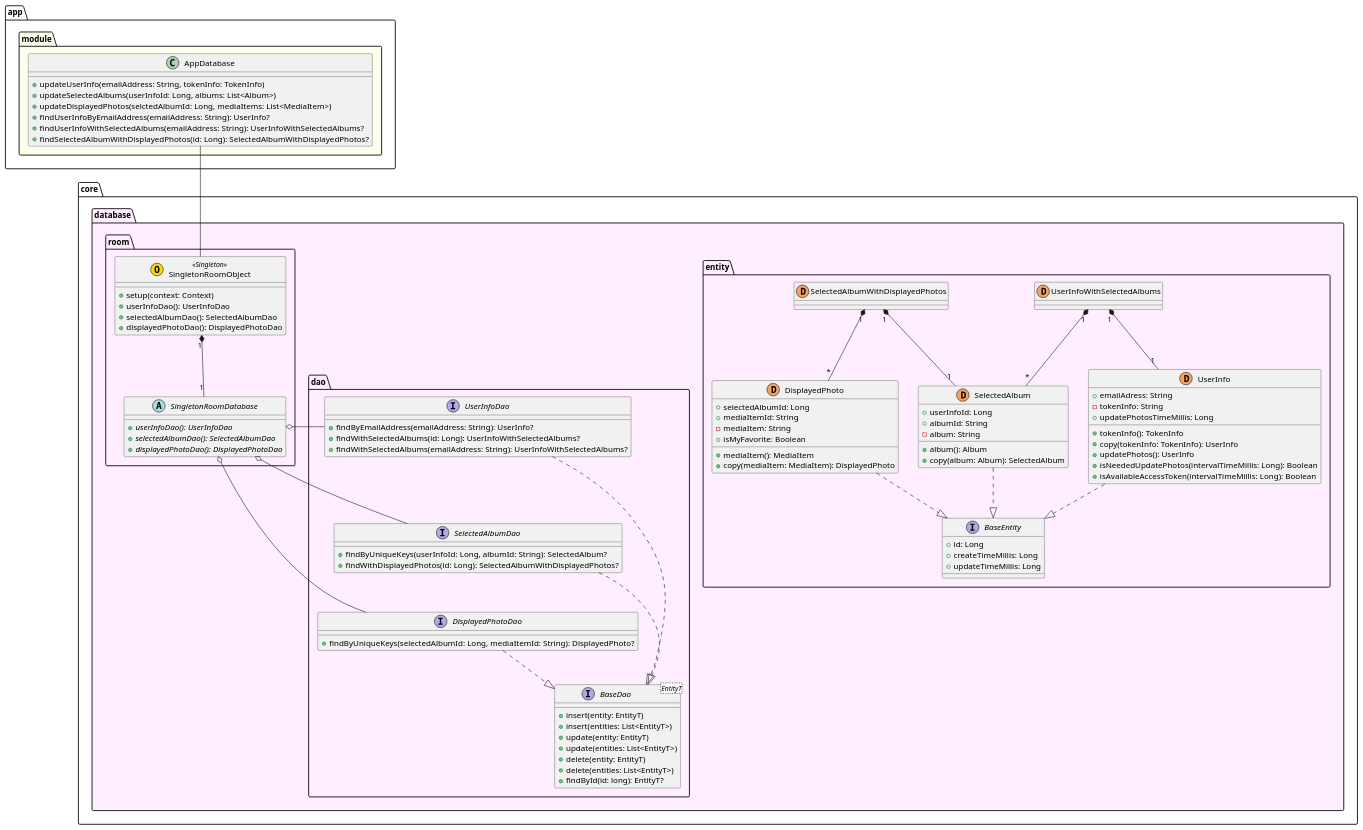
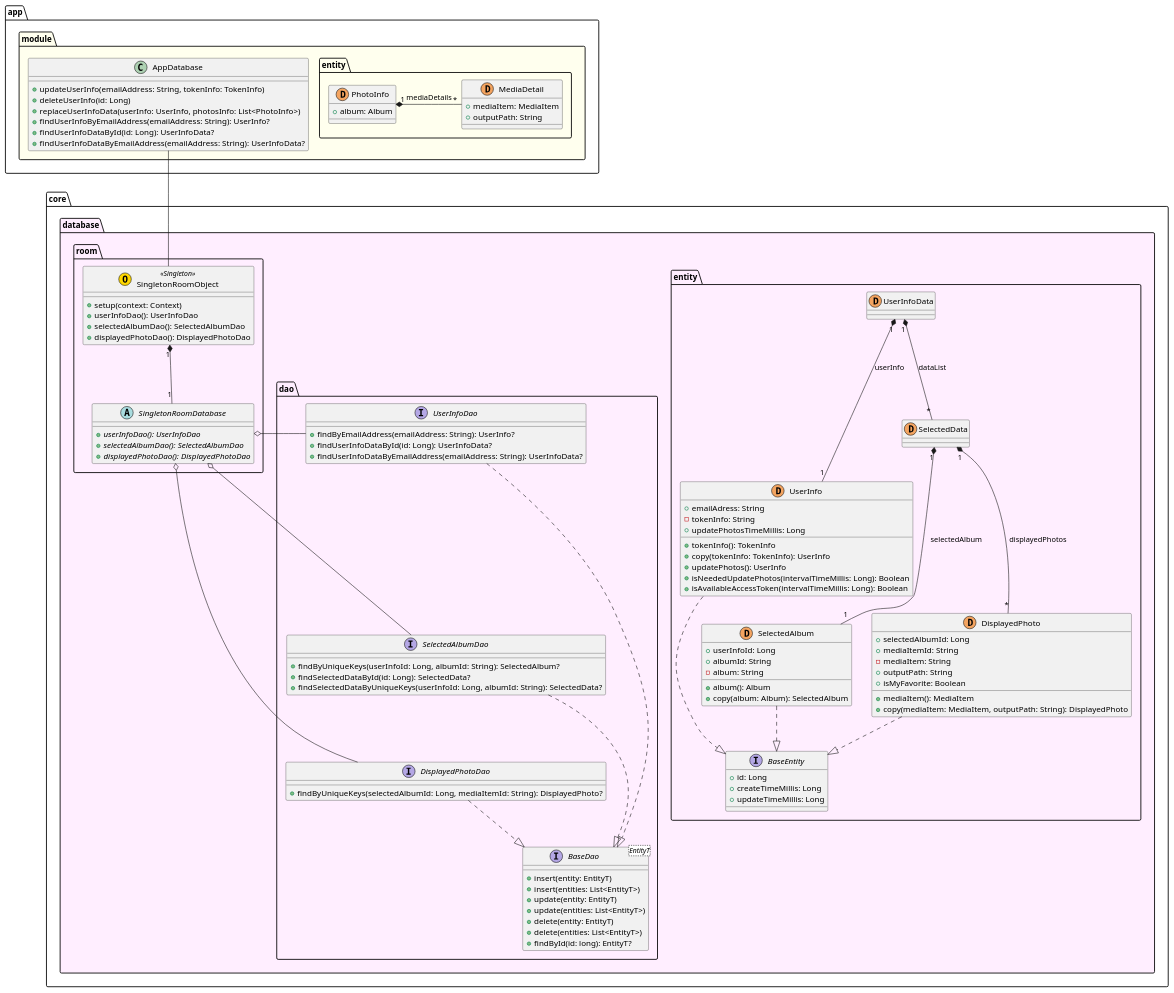
Before and after one commit to sallyluenoa/PhotoSlideShow: the diagram in uml/database/class_diagram_database.md, drawn with PlantUML. The commit also changed 5 other files, not shown here.

First line of the commit message:
Write UML for design #13

```diff
--- a/uml/database/class_diagram_database.md
+++ b/uml/database/class_diagram_database.md
@@ -28,21 +28,22 @@
       + selectedAlbumId: Long
       + mediaItemId: String
       - mediaItem: String
+      + outputPath: String
       + isMyFavorite: Boolean
       + mediaItem(): MediaItem
-      + copy(mediaItem: MediaItem): DisplayedPhoto
+      + copy(mediaItem: MediaItem, outputPath: String): DisplayedPhoto
     }
-    class UserInfoWithSelectedAlbums << (D, sandybrown) >>
-    class SelectedAlbumWithDisplayedPhotos << (D, sandybrown) >>
+    class UserInfoData << (D, sandybrown) >>
+    class SelectedData << (D, sandybrown) >>
 
     UserInfo ..|> BaseEntity
     SelectedAlbum ..|> BaseEntity
     DisplayedPhoto ..|> BaseEntity
 
-    UserInfoWithSelectedAlbums "1" *-- "1" UserInfo
-    UserInfoWithSelectedAlbums "1" *-- "*" SelectedAlbum
-    SelectedAlbumWithDisplayedPhotos "1" *-- "1" SelectedAlbum
-    SelectedAlbumWithDisplayedPhotos "1" *-- "*" DisplayedPhoto
+    UserInfoData "1" *-- "1" UserInfo: userInfo
+    UserInfoData "1" *-- "*" SelectedData: dataList 
+    SelectedData "1" *-- "1" SelectedAlbum: selectedAlbum
+    SelectedData "1" *-- "*" DisplayedPhoto: displayedPhotos
   }
 
   namespace dao {
@@ -57,12 +58,13 @@
     }
     interface UserInfoDao {
       + findByEmailAddress(emailAddress: String): UserInfo?
-      + findWithSelectedAlbums(id: Long): UserInfoWithSelectedAlbums?
-      + findWithSelectedAlbums(emailAddress: String): UserInfoWithSelectedAlbums?
+      + findUserInfoDataById(id: Long): UserInfoData?
+      + findUserInfoDataByEmailAddress(emailAddress: String): UserInfoData?
     }
     interface SelectedAlbumDao {
       + findByUniqueKeys(userInfoId: Long, albumId: String): SelectedAlbum?
-      + findWithDisplayedPhotos(id: Long): SelectedAlbumWithDisplayedPhotos?
+      + findSelectedDataById(id: Long): SelectedData?
+      + findSelectedDataByUniqueKeys(userInfoId: Long, albumId: String): SelectedData?
     }
     interface DisplayedPhotoDao {
       + findByUniqueKeys(selectedAlbumId: Long, mediaItemId: String): DisplayedPhoto?
@@ -94,14 +96,27 @@
 }
 
 namespace app.module #FFFFEE {
-    class AppDatabase {
-      + updateUserInfo(emailAddress: String, tokenInfo: TokenInfo)
-      + updateSelectedAlbums(userInfoId: Long, albums: List<Album>)
-      + updateDisplayedPhotos(selctedAlbumId: Long, mediaItems: List<MediaItem>)
-      + findUserInfoByEmailAddress(emailAddress: String): UserInfo?
-      + findUserInfoWithSelectedAlbums(emailAddress: String): UserInfoWithSelectedAlbums?
-      + findSelectedAlbumWithDisplayedPhotos(id: Long): SelectedAlbumWithDisplayedPhotos?
+
+  namespace entity {
+    class PhotoInfo << (D, sandybrown) >> {
+      + album: Album
     }
+    class MediaDetail << (D, sandybrown) >> {
+      + mediaItem: MediaItem
+      + outputPath: String
+    }
+
+    PhotoInfo "1" *-right- "*" MediaDetail: mediaDetails
+  } 
+
+  class AppDatabase {
+    + updateUserInfo(emailAddress: String, tokenInfo: TokenInfo)
+    + deleteUserInfo(id: Long)
+    + replaceUserInfoData(userInfo: UserInfo, photosInfo: List<PhotoInfo>)
+    + findUserInfoByEmailAddress(emailAddress: String): UserInfo?
+    + findUserInfoDataById(id: Long): UserInfoData?
+    + findUserInfoDataByEmailAddress(emailAddress: String): UserInfoData?
+   }
 }
 
 core.database.room.SingletonRoomDatabase o-right- core.database.dao.UserInfoDao
```
